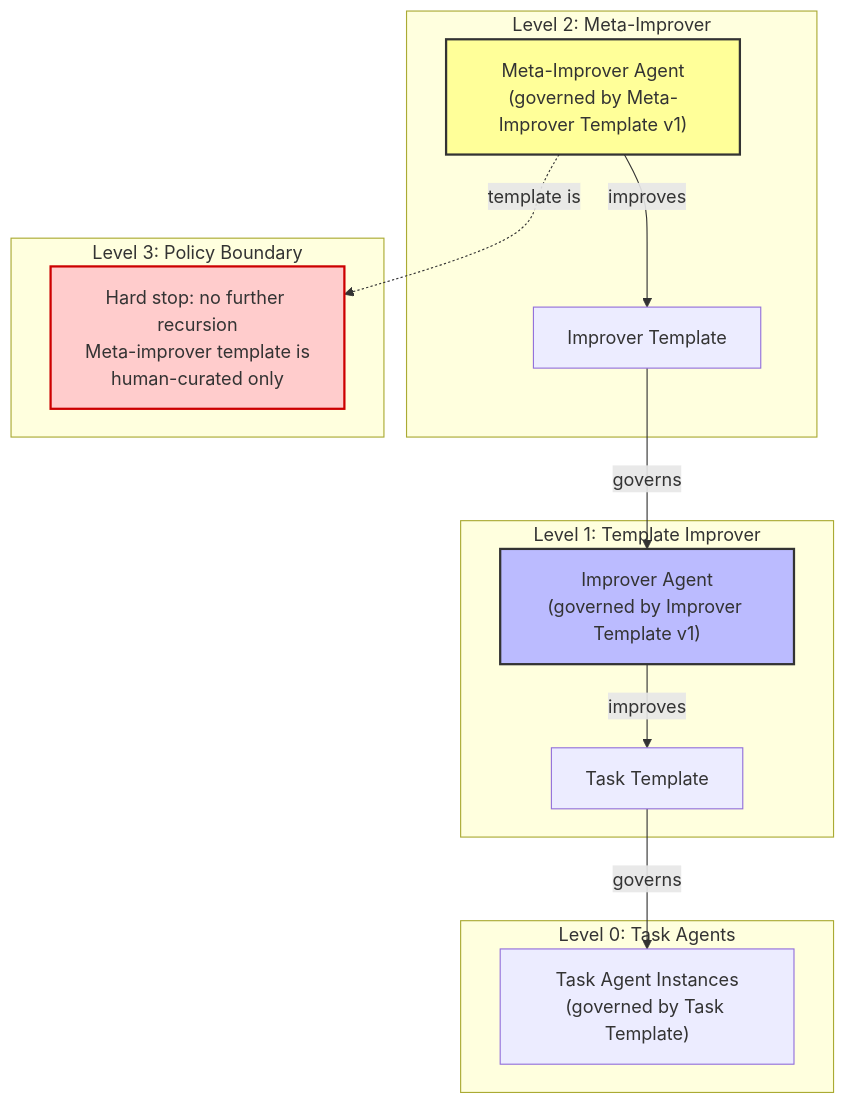
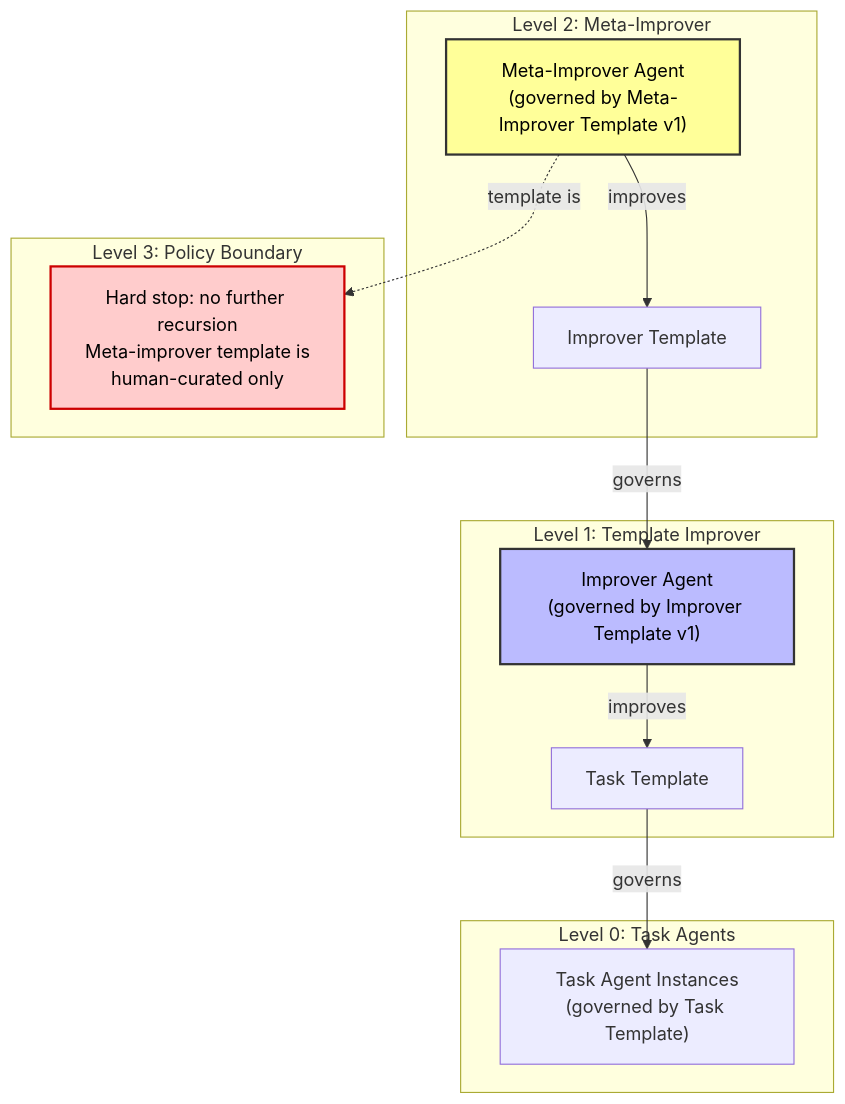
One commit to matthiasn/lotti changed diagram 11 of 16 in docs/implementation_plans/2026-03-01_weekly_one_on_one_self_learning_cycle.md. Above: the diagram before and after it, drawn with Mermaid. The commit also changed other lines of this file and 2 other files, not shown here.

````diff
--- a/docs/implementation_plans/2026-03-01_weekly_one_on_one_self_learning_cycle.md
+++ b/docs/implementation_plans/2026-03-01_weekly_one_on_one_self_learning_cycle.md
@@ -688,28 +708,28 @@
 ```mermaid
 flowchart TD
     subgraph "Level 0: Task Agents"
         TA["Task Agent Instances\n(governed by Task Template)"]
     end
 
     subgraph "Level 1: Template Improver"
         L1["Improver Agent\n(governed by Improver Template v1)"]
         L1 -->|"improves"| TT["Task Template"]
         TT -->|"governs"| TA
     end
 
     subgraph "Level 2: Meta-Improver"
         L2["Meta-Improver Agent\n(governed by Meta-Improver Template v1)"]
         L2 -->|"improves"| IT["Improver Template"]
         IT -->|"governs"| L1
     end
 
     subgraph "Level 3: Policy Boundary"
         POLICY["Hard stop: no further recursion\nMeta-improver template is\nhuman-curated only"]
     end
 
     L2 -.->|"template is"| POLICY
 
-    style L1 fill:#bbf,stroke:#333,stroke-width:2px
-    style L2 fill:#ff9,stroke:#333,stroke-width:2px
-    style POLICY fill:#fcc,stroke:#c00,stroke-width:2px
+    style L1 fill:#bbf,stroke:#333,stroke-width:2px,color:#000
+    style L2 fill:#ff9,stroke:#333,stroke-width:2px,color:#000
+    style POLICY fill:#fcc,stroke:#c00,stroke-width:2px,color:#000
 ```
````
